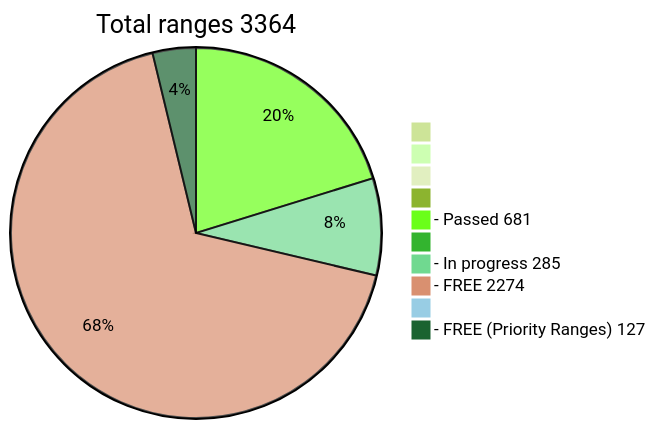
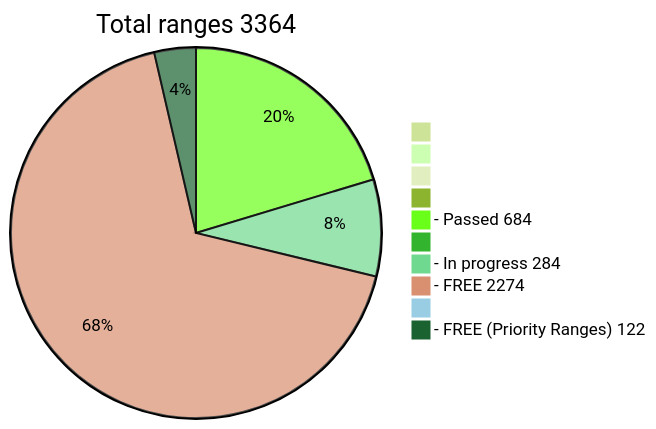
One commit to phrutis/wif500 changed the diagram in README.md. Above: the diagram before and after it, drawn with Mermaid (forest theme).

````diff
--- a/README.md
+++ b/README.md
@@ -16,13 +16,13 @@
 ```mermaid
 pie title Total ranges 3364
              " " : 0
             "  " : 0
            "   " : 0
           "    " : 0
-  "- Passed 681" : 681
+  "- Passed 684" : 684
          "     " : 0
-  "- In progress 285" : 285
+  "- In progress 284" : 284
    "- FREE 2274" : 2274
         "      " : 0
-  "- FREE (Priority Ranges) 127" : 127
+  "- FREE (Priority Ranges) 122" : 122
 ```
````
